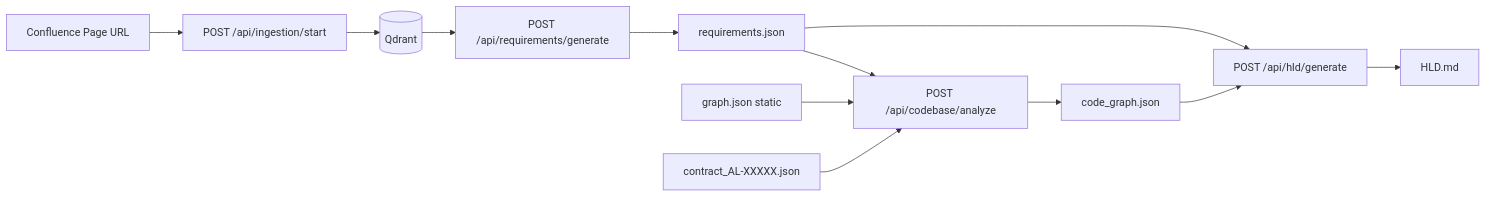
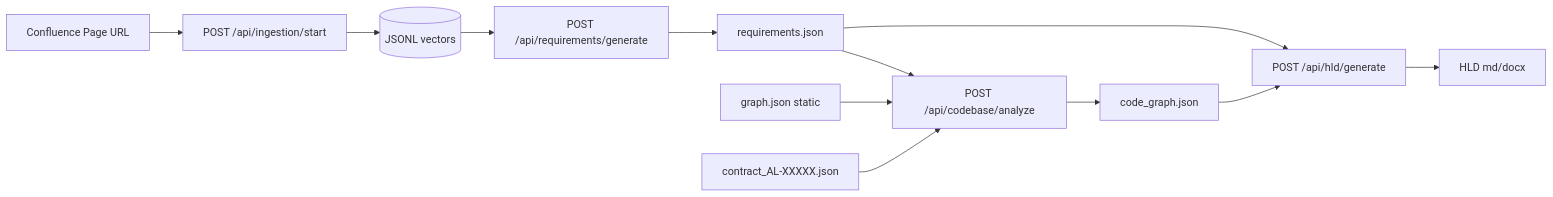
The diagram in README.md (SohamWelldoc/MDD_NEW), drawn with Mermaid before and after one commit. The commit also changed other lines of this file and 44 other files, not shown here.

````diff
--- a/README.md
+++ b/README.md
@@ -63,14 +57,14 @@
 ```mermaid
 flowchart LR
     A[Confluence Page URL] --> B[POST /api/ingestion/start]
-    B --> C[(Qdrant)]
+    B --> C[(JSONL vectors)]
     C --> D[POST /api/requirements/generate]
     D --> E[requirements.json]
     G[graph.json static] --> H[POST /api/codebase/analyze]
     F[contract_AL-XXXXX.json] --> H
     E --> H
     H --> I[code_graph.json]
     E --> J[POST /api/hld/generate]
     I --> J
-    J --> K[HLD.md]
+    J --> K[HLD md/docx]
 ```
````
